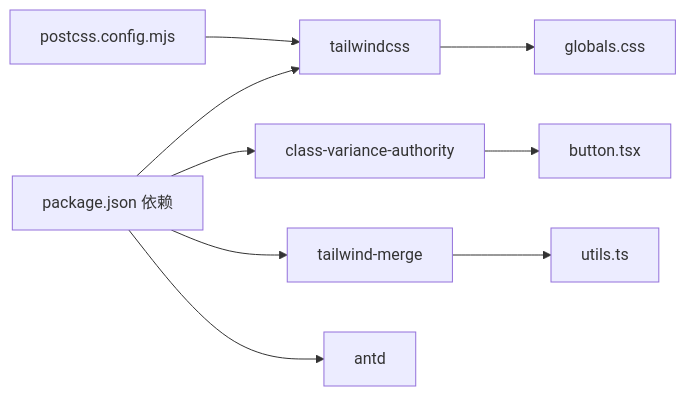
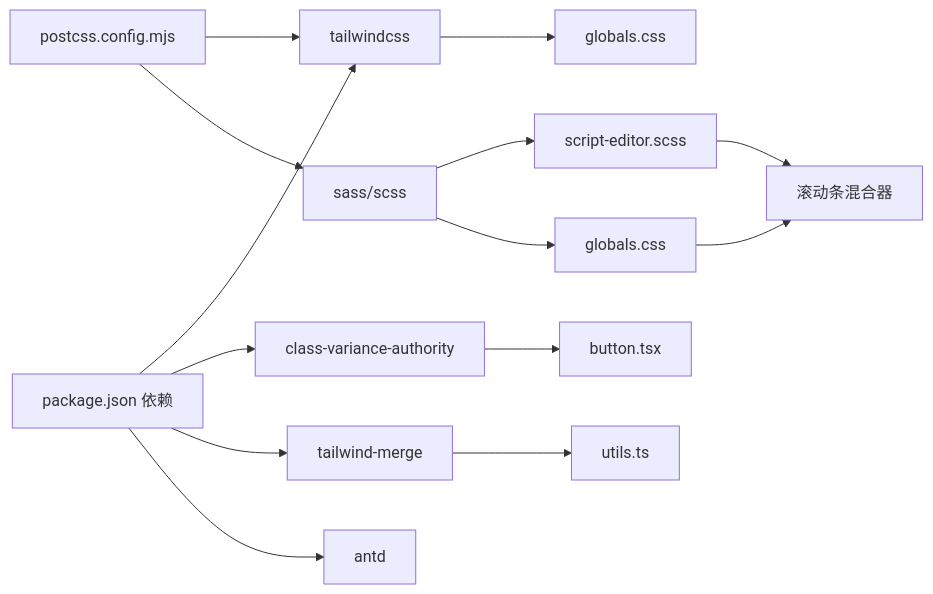
The tenth of 10 diagrams in .qoder/repowiki/zh/content/前端应用架构/UI组件库/主题与样式系统.md (KunLabAI/KunFlix), drawn with Mermaid before and after one commit. The commit also changed other lines of this file and 9 other files, not shown here.

````diff
--- a/.qoder/repowiki/zh/content/前端应用架构/UI组件库/主题与样式系统.md
+++ b/.qoder/repowiki/zh/content/前端应用架构/UI组件库/主题与样式系统.md
@@ -340,11 +387,16 @@
 ```mermaid
 graph LR
 P["package.json 依赖"] --> TW["tailwindcss"]
 P --> CVA["class-variance-authority"]
 P --> TM["tailwind-merge"]
 P --> AD["antd"]
 PC["postcss.config.mjs"] --> TW
+PC --> SCSS["sass/scss"]
 TW --> GC["globals.css"]
+SCSS --> SE["script-editor.scss"]
+SCSS --> GS["globals.css"]
 CVA --> BTN["button.tsx"]
 TM --> UT["utils.ts"]
+SE --> MIXIN["滚动条混合器"]
+GS --> MIXIN
 ```
````
